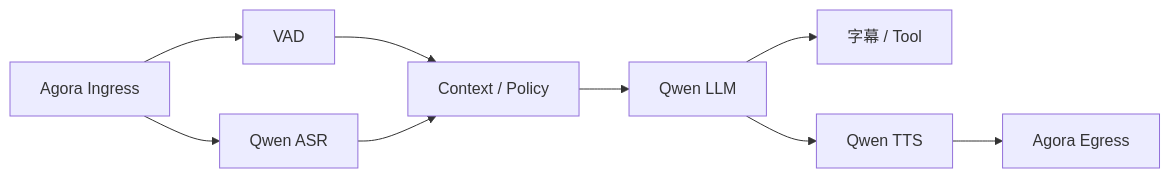
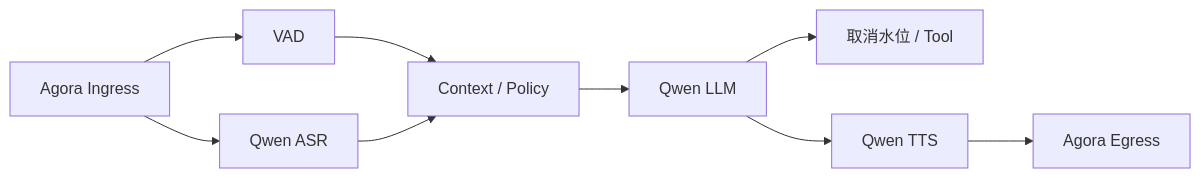
Before and after one commit to PiyotaHu/Voxa: the second of 3 diagrams in docs/site/zh/voice-architecture.md, drawn with Mermaid. The commit also changed other lines of this file and 67 other files, not shown here.

````diff
--- a/docs/site/zh/voice-architecture.md
+++ b/docs/site/zh/voice-architecture.md
@@ -27,11 +29,11 @@
 ```mermaid
 flowchart LR
     IN["Agora Ingress"] --> VAD["VAD"]
     IN --> ASR["Qwen ASR"]
     VAD --> FUSION["Context / Policy"]
     ASR --> FUSION
     FUSION --> LLM["Qwen LLM"]
-    LLM --> TEXT["字幕 / Tool"]
+    LLM --> TEXT["取消水位 / Tool"]
     LLM --> TTS["Qwen TTS"]
     TTS --> OUT["Agora Egress"]
 ```
````
